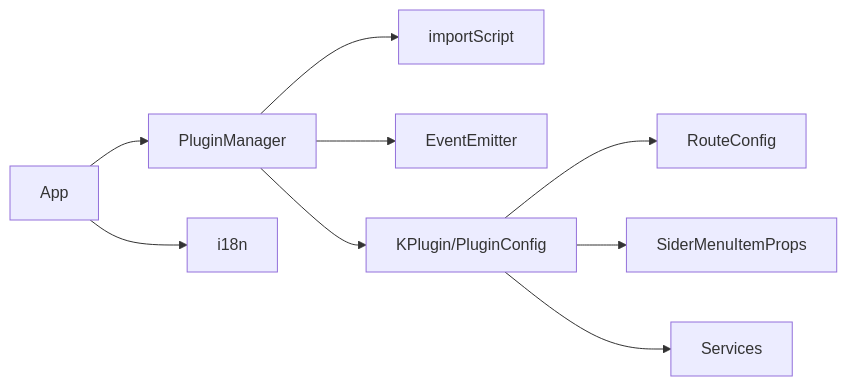
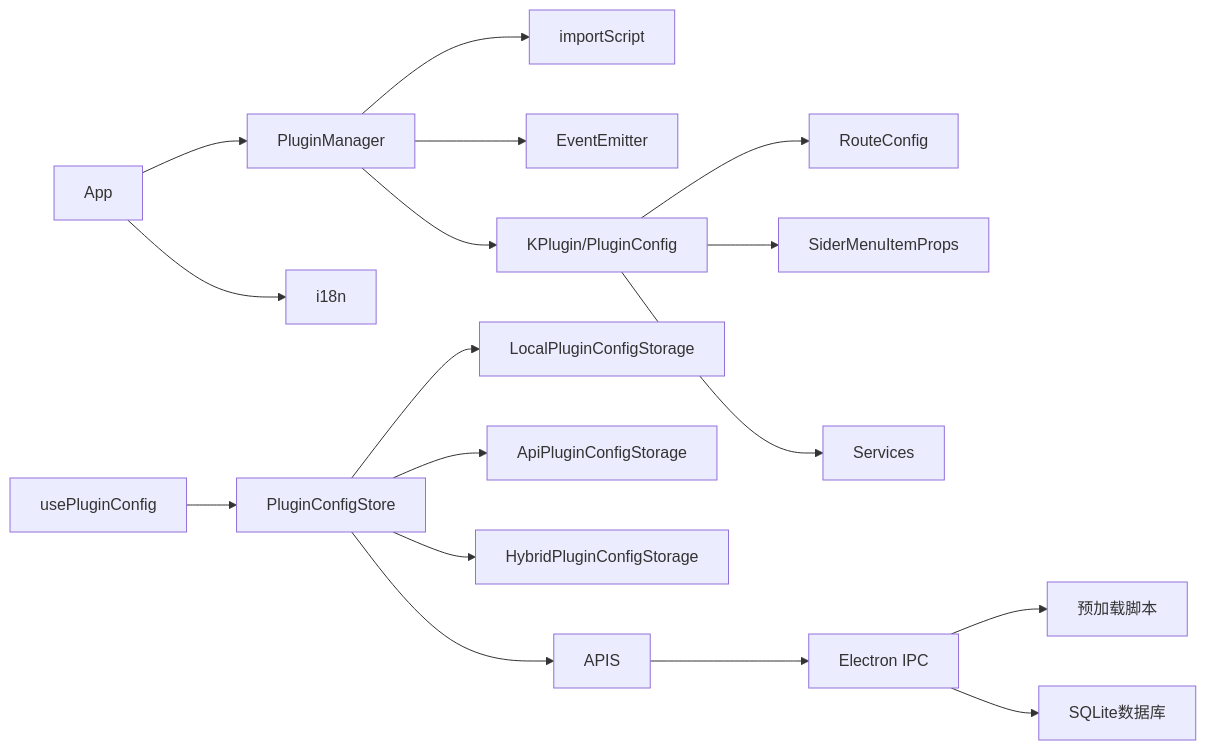
Before and after one commit to LRF0422/Kotion: diagram 14 of 17 in .qoder/repowiki/zh/content/插件开发/插件集成与配置.md, drawn with Mermaid. The commit also changed other lines of this file and 75 other files, not shown here.

````diff
--- a/.qoder/repowiki/zh/content/插件开发/插件集成与配置.md
+++ b/.qoder/repowiki/zh/content/插件开发/插件集成与配置.md
@@ -376,11 +739,19 @@
 ```mermaid
 graph LR
 APP["App"] --> PM["PluginManager"]
 APP --> LO["i18n"]
 PM --> IU["importScript"]
 PM --> EV["EventEmitter"]
 PM --> PC["KPlugin/PluginConfig"]
+UPC["usePluginConfig"] --> PCS["PluginConfigStore"]
+PCS --> LPS["LocalPluginConfigStorage"]
+PCS --> APS["ApiPluginConfigStorage"]
+PCS --> HPS["HybridPluginConfigStorage"]
+PCS --> API["APIS"]
+API --> IPC["Electron IPC"]
+IPC --> PRELOAD["预加载脚本"]
+IPC --> DB["SQLite数据库"]
 PC --> RT["RouteConfig"]
 PC --> MN["SiderMenuItemProps"]
 PC --> SV["Services"]
 ```
````
